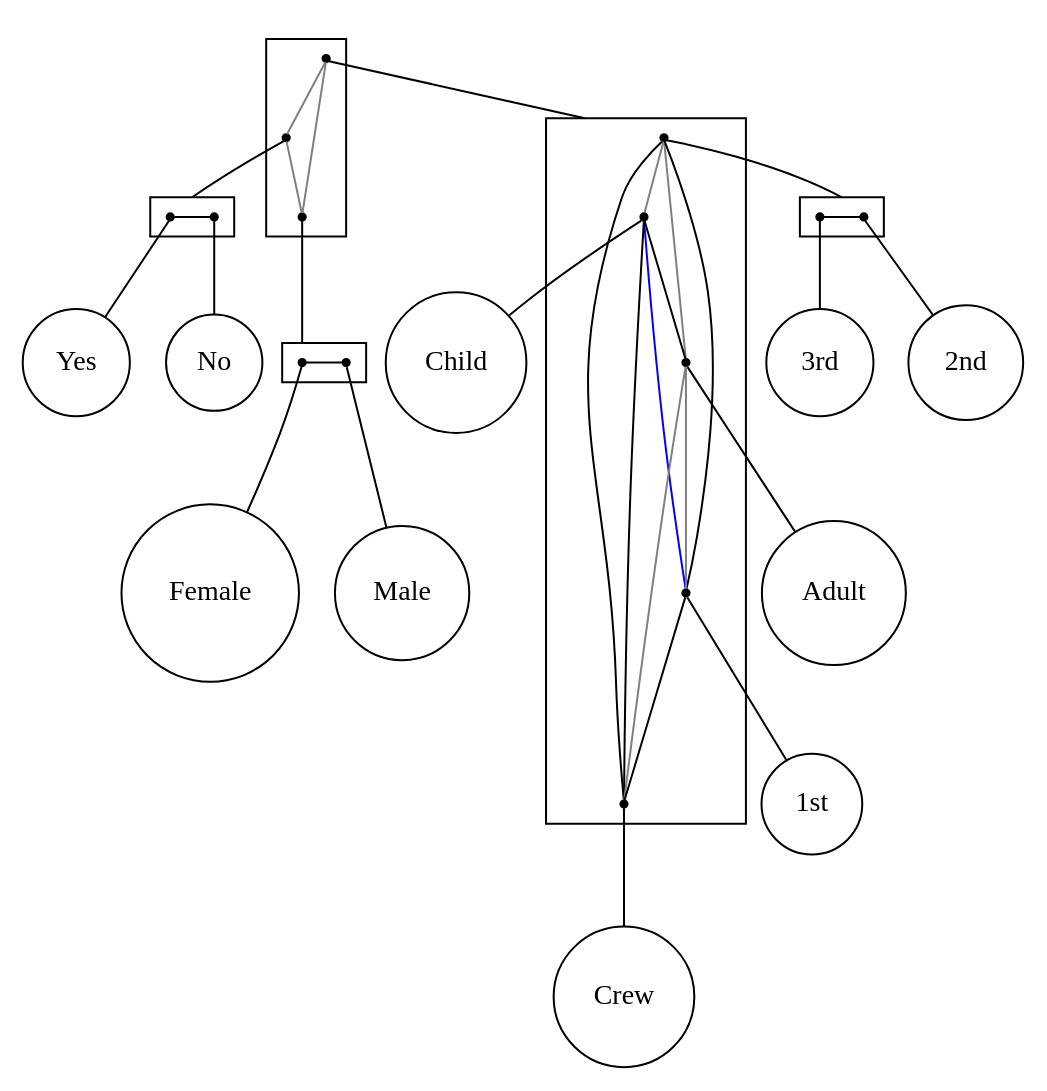
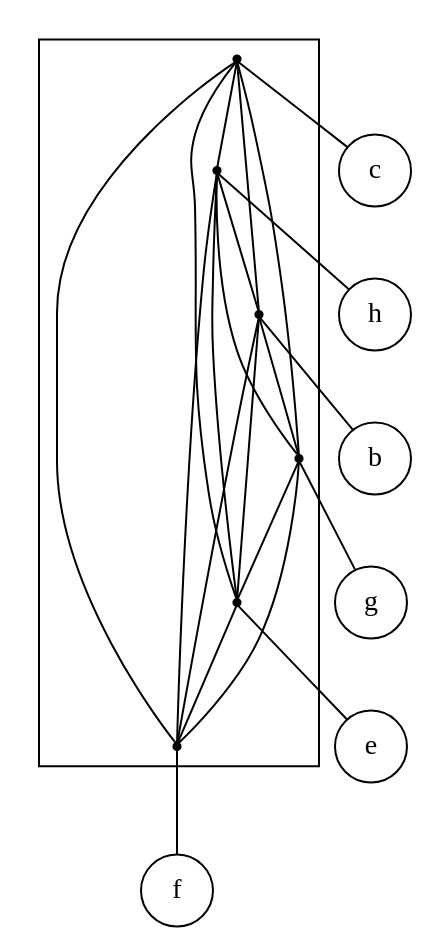
The diagram in src/final/linear_2-structure.dot (lrodrin/TFG), drawn with Graphviz before and after one commit. The commit also changed 7 other files, not shown here.

```diff
--- a/src/final/linear_2-structure.dot
+++ b/src/final/linear_2-structure.dot
@@ -1,70 +1,38 @@
 strict digraph "linear_2-structure" {
 compound=true;
 fontname=Verdana;
 fontsize=12;
 newrank=true;
 node [shape=circle];
-Child;
-Adult;
-"1st";
-Crew;
-"2nd";
-"3rd";
-Female;
-Male;
-Yes;
-No;
-subgraph cluster_Yes1stAdult3rdNoFemale2ndChildCrewMale {
+c;
+h;
+b;
+g;
+e;
+f;
+subgraph cluster_febgch {
 node [shape=point];
-s_3rd1st2ndAdultChildCrew -> s_YesNo  [arrowhead=none, color=grey];
-s_3rd1st2ndAdultChildCrew -> s_FemaleMale  [arrowhead=none, color=grey];
-s_YesNo -> s_FemaleMale  [arrowhead=none, color=grey];
+s_c -> s_h  [arrowhead=none, color=black];
+s_c -> s_b  [arrowhead=none, color=black];
+s_c -> s_g  [arrowhead=none, color=black];
+s_c -> s_e  [arrowhead=none, color=black];
+s_c -> s_f  [arrowhead=none, color=black];
+s_h -> s_b  [arrowhead=none, color=black];
+s_h -> s_g  [arrowhead=none, color=black];
+s_h -> s_e  [arrowhead=none, color=black];
+s_h -> s_f  [arrowhead=none, color=black];
+s_b -> s_g  [arrowhead=none, color=black];
+s_b -> s_e  [arrowhead=none, color=black];
+s_b -> s_f  [arrowhead=none, color=black];
+s_g -> s_e  [arrowhead=none, color=black];
+s_g -> s_f  [arrowhead=none, color=black];
+s_e -> s_f  [arrowhead=none, color=black];
 }
 
-subgraph cluster_3rd1st2ndAdultChildCrew {
-node [shape=point];
-s_3rd2nd -> s_Child  [arrowhead=none, color=grey];
-s_3rd2nd -> s_Adult  [arrowhead=none, color=grey];
-s_3rd2nd -> s_1st  [arrowhead=none, color=black];
-s_3rd2nd -> s_Crew  [arrowhead=none, color=black];
-s_Child -> s_Adult  [arrowhead=none, color=black];
-s_Child -> s_1st  [arrowhead=none, color=blue];
-s_Child -> s_Crew  [arrowhead=none, color=black];
-s_Adult -> s_1st  [arrowhead=none, color=grey];
-s_Adult -> s_Crew  [arrowhead=none, color=grey];
-s_1st -> s_Crew  [arrowhead=none, color=black];
+s_c -> c  [arrowhead=none];
+s_h -> h  [arrowhead=none];
+s_b -> b  [arrowhead=none];
+s_g -> g  [arrowhead=none];
+s_e -> e  [arrowhead=none];
+s_f -> f  [arrowhead=none];
 }
-
-subgraph cluster_3rd2nd {
-rank=same;
-node [shape=point];
-s_2nd -> s_3rd  [arrowhead=none, color=black];
-}
-
-subgraph cluster_FemaleMale {
-rank=same;
-node [shape=point];
-s_Female -> s_Male  [arrowhead=none, color=black];
-}
-
-subgraph cluster_YesNo {
-rank=same;
-node [shape=point];
-s_Yes -> s_No  [arrowhead=none, color=black];
-}
-
-s_3rd1st2ndAdultChildCrew -> s_3rd2nd  [arrowhead=none, lhead=cluster_3rd1st2ndAdultChildCrew];
-s_YesNo -> s_Yes  [arrowhead=none, lhead=cluster_YesNo];
-s_FemaleMale -> s_Female  [arrowhead=none, lhead=cluster_FemaleMale];
-s_3rd2nd -> s_2nd  [arrowhead=none, lhead=cluster_3rd2nd];
-s_Child -> Child  [arrowhead=none];
-s_Adult -> Adult  [arrowhead=none];
-s_1st -> "1st"  [arrowhead=none];
-s_Crew -> Crew  [arrowhead=none];
-s_2nd -> "2nd"  [arrowhead=none];
-s_3rd -> "3rd"  [arrowhead=none];
-s_Female -> Female  [arrowhead=none];
-s_Male -> Male  [arrowhead=none];
-s_Yes -> Yes  [arrowhead=none];
-s_No -> No  [arrowhead=none];
-}
```
